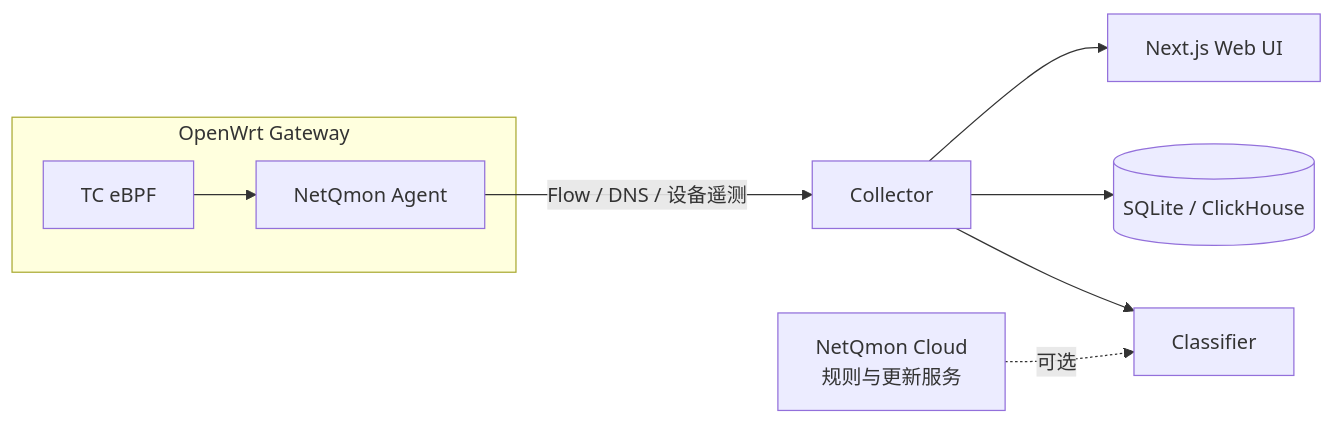
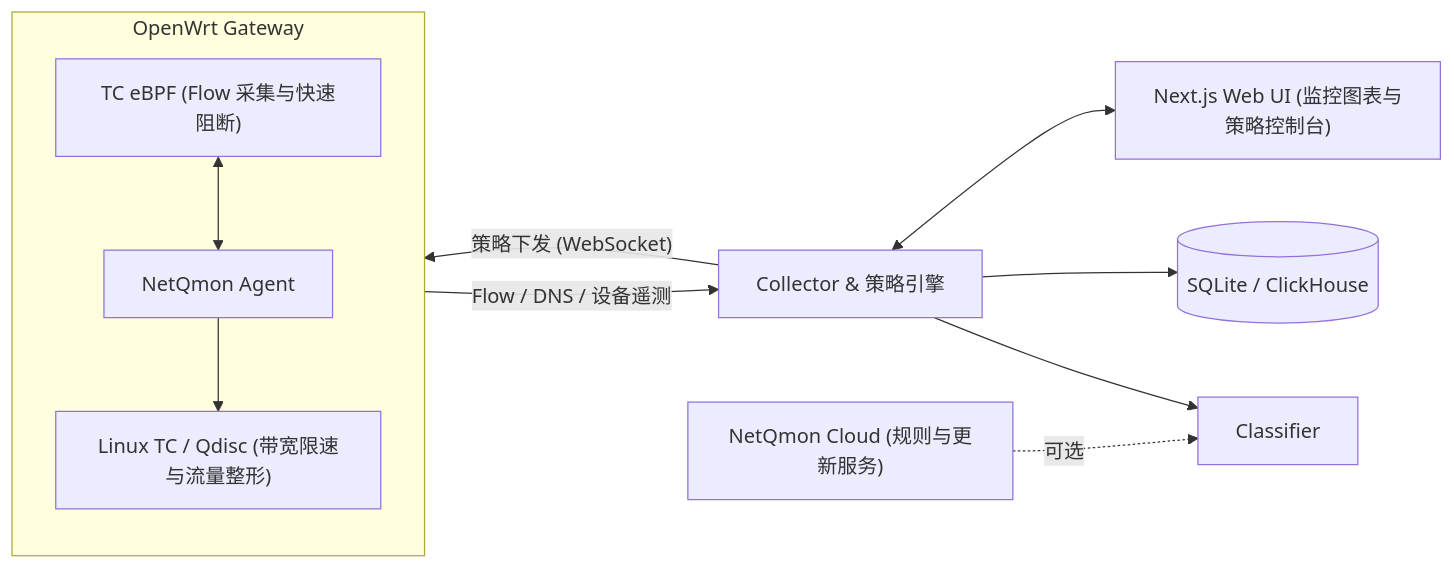
The diagram in docs/README.zh-CN.md (jarvis2f/netqmon), drawn with Mermaid before and after one commit. The commit also changed other lines of this file and 1 other file, not shown here.

````diff
--- a/docs/README.zh-CN.md
+++ b/docs/README.zh-CN.md
@@ -48,14 +50,18 @@
 ```mermaid
 flowchart LR
     subgraph Gateway["OpenWrt Gateway"]
-        BPF["TC eBPF"]
+        direction TB
+        BPF["TC eBPF (Flow 采集与快速阻断)"]
+        TC["Linux TC / Qdisc (带宽限速与流量整形)"]
         Agent["NetQmon Agent"]
-        BPF --> Agent
+        BPF <--> Agent
+        Agent --> TC
     end
 
-    Agent -->|"Flow / DNS / 设备遥测"| Collector["Collector"]
+    Agent -->|"Flow / DNS / 设备遥测"| Collector["Collector & 策略引擎"]
+    Collector -->|"策略下发 (WebSocket)"| Agent
     Collector --> Classifier["Classifier"]
     Collector --> Storage[("SQLite / ClickHouse")]
-    Collector --> UI["Next.js Web UI"]
-    Cloud["NetQmon Cloud\n规则与更新服务"] -. "可选" .-> Classifier
+    Collector <--> UI["Next.js Web UI (监控图表与策略控制台)"]
+    Cloud["NetQmon Cloud (规则与更新服务)"] -. "可选" .-> Classifier
 ```
````
